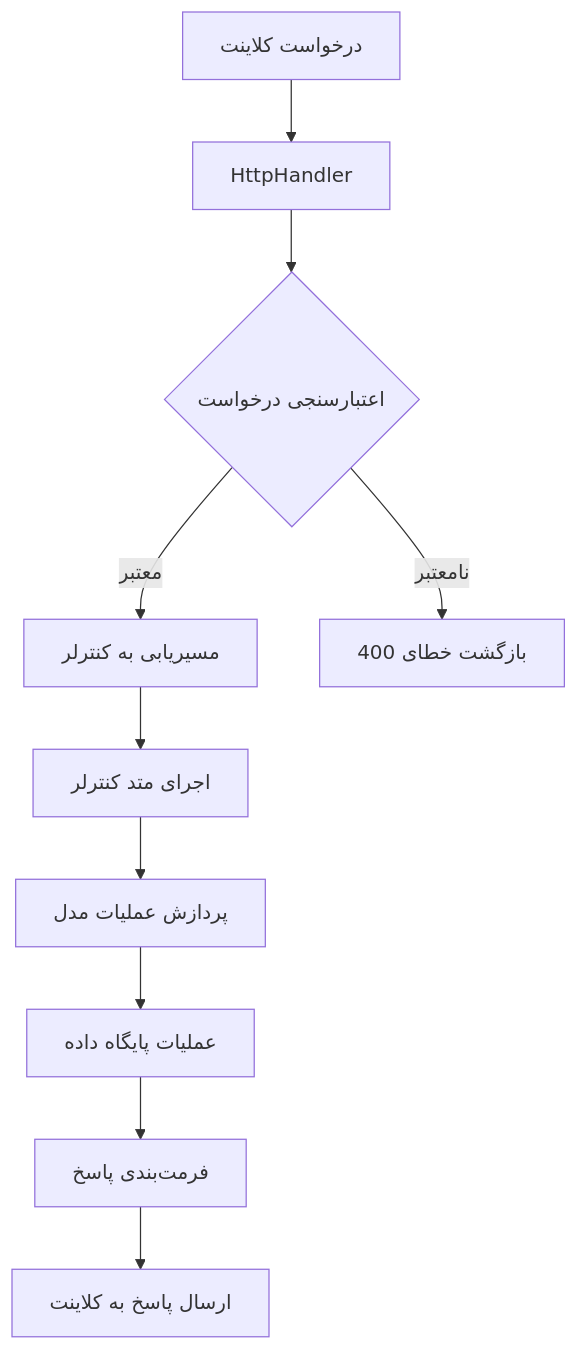
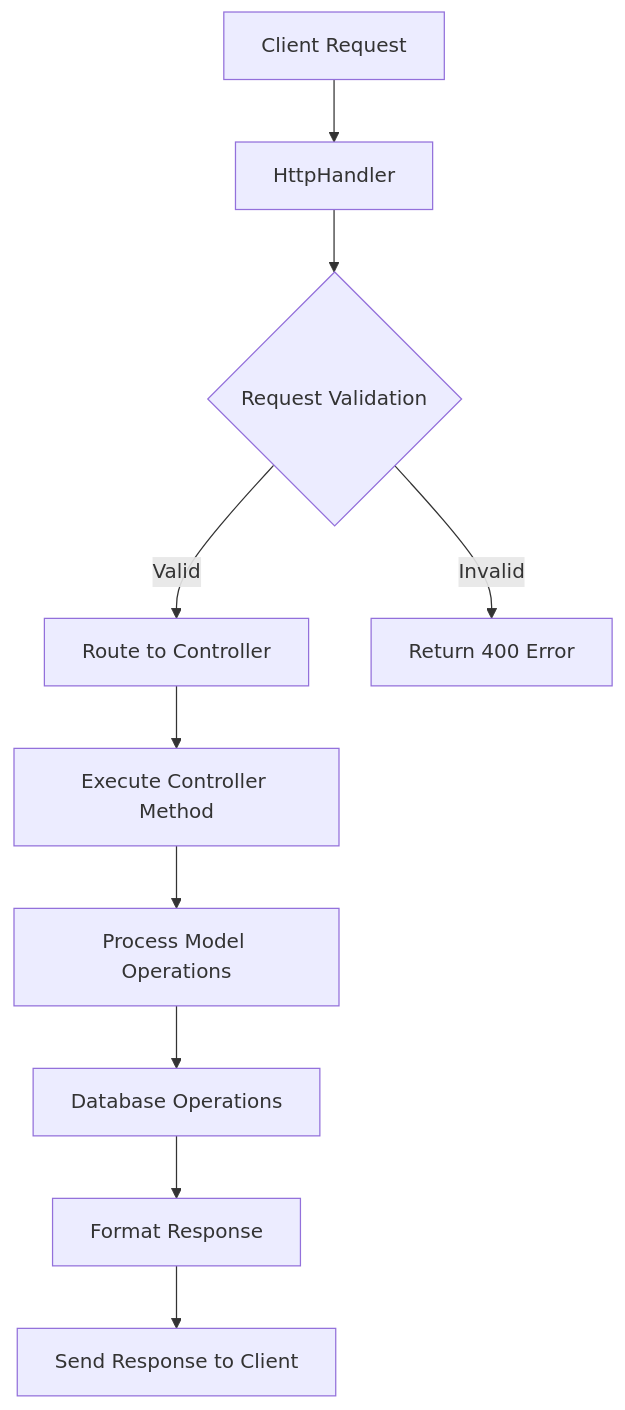
Before and after one commit to secure73/MicrosPy: the first of 4 diagrams in DOCUMENTATION.de.md, drawn with Mermaid. The commit also changed other lines of this file, not shown here.

````diff
--- a/DOCUMENTATION.de.md
+++ b/DOCUMENTATION.de.md
@@ -537,12 +508,12 @@
 ```mermaid
 graph TD
-    A[درخواست کلاینت] --> B[HttpHandler]
-    B --> C{اعتبارسنجی درخواست}
-    C -->|معتبر| D[مسیریابی به کنترلر]
-    C -->|نامعتبر| E[بازگشت خطای 400]
-    D --> F[اجرای متد کنترلر]
-    F --> G[پردازش عملیات مدل]
-    G --> H[عملیات پایگاه داده]
-    H --> I[فرمت‌بندی پاسخ]
-    I --> J[ارسال پاسخ به کلاینت]
+    A[Client Request] --> B[HttpHandler]
+    B --> C{Request Validation}
+    C -->|Valid| D[Route to Controller]
+    C -->|Invalid| E[Return 400 Error]
+    D --> F[Execute Controller Method]
+    F --> G[Process Model Operations]
+    G --> H[Database Operations]
+    H --> I[Format Response]
+    I --> J[Send Response to Client]
 ```
````
